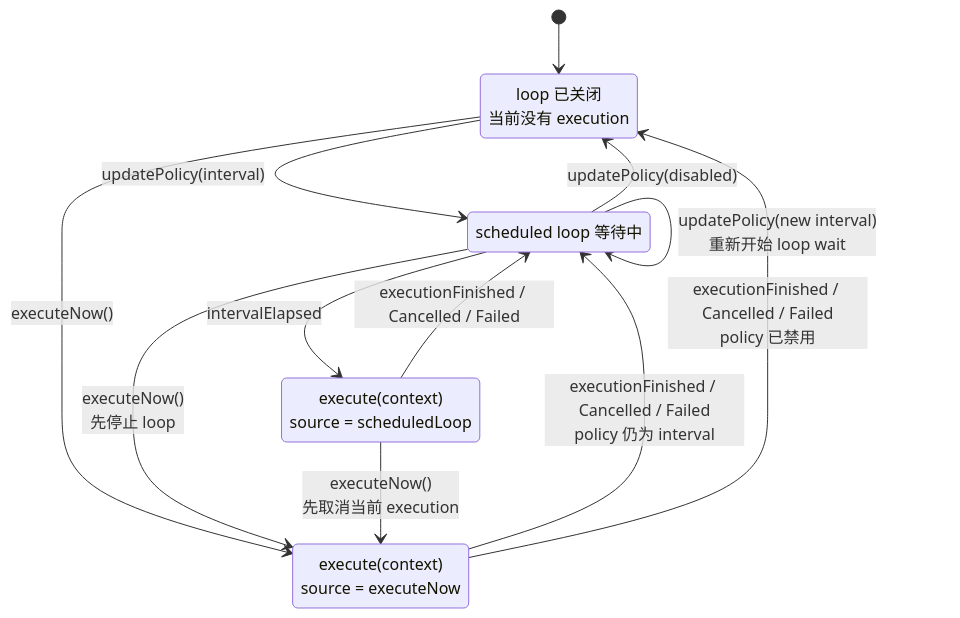
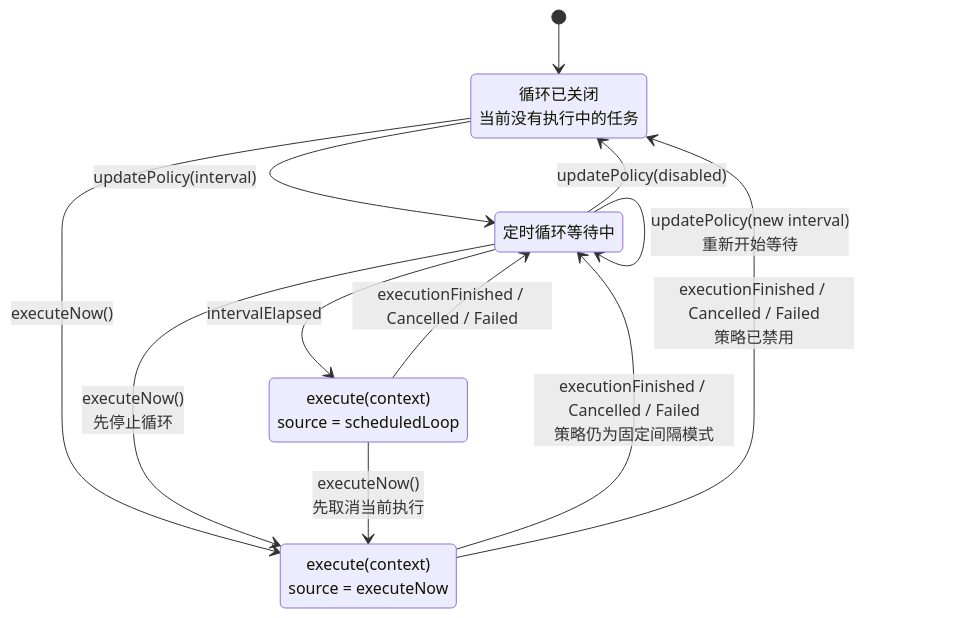
One commit to shensven/swift-sequential-executor changed the first of 2 diagrams in README-zh-CN.md. Above: the diagram before and after it, drawn with Mermaid. The commit also changed other lines of this file and 2 other files, not shown here.

````diff
--- a/README-zh-CN.md
+++ b/README-zh-CN.md
@@ -154,23 +123,23 @@
 ```mermaid
 stateDiagram-v2
     [*] --> Idle
-    Idle: loop 已关闭<br/>当前没有 execution
+    Idle: 循环已关闭<br/>当前没有执行中的任务
 
     Idle --> Waiting: updatePolicy(interval)
-    Waiting: scheduled loop 等待中
+    Waiting: 定时循环等待中
 
     Waiting --> ScheduledExecution: intervalElapsed
     ScheduledExecution: execute(context)<br/>source = scheduledLoop
     ScheduledExecution --> Waiting: executionFinished / Cancelled / Failed
 
     Idle --> ImmediateExecution: executeNow()
-    Waiting --> ImmediateExecution: executeNow()<br/>先停止 loop
-    ScheduledExecution --> ImmediateExecution: executeNow()<br/>先取消当前 execution
+    Waiting --> ImmediateExecution: executeNow()<br/>先停止循环
+    ScheduledExecution --> ImmediateExecution: executeNow()<br/>先取消当前执行
 
     ImmediateExecution: execute(context)<br/>source = executeNow
-    ImmediateExecution --> Waiting: executionFinished / Cancelled / Failed<br/>policy 仍为 interval
-    ImmediateExecution --> Idle: executionFinished / Cancelled / Failed<br/>policy 已禁用
+    ImmediateExecution --> Waiting: executionFinished / Cancelled / Failed<br/>策略仍为固定间隔模式
+    ImmediateExecution --> Idle: executionFinished / Cancelled / Failed<br/>策略已禁用
 
     Waiting --> Idle: updatePolicy(disabled)
-    Waiting --> Waiting: updatePolicy(new interval)<br/>重新开始 loop wait
+    Waiting --> Waiting: updatePolicy(new interval)<br/>重新开始等待
 ```
````
